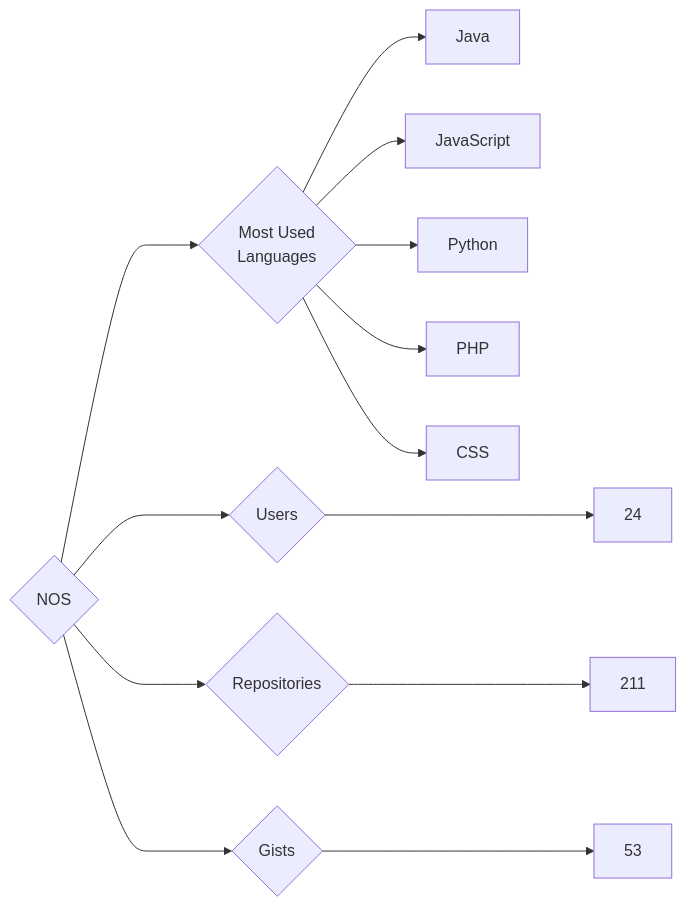
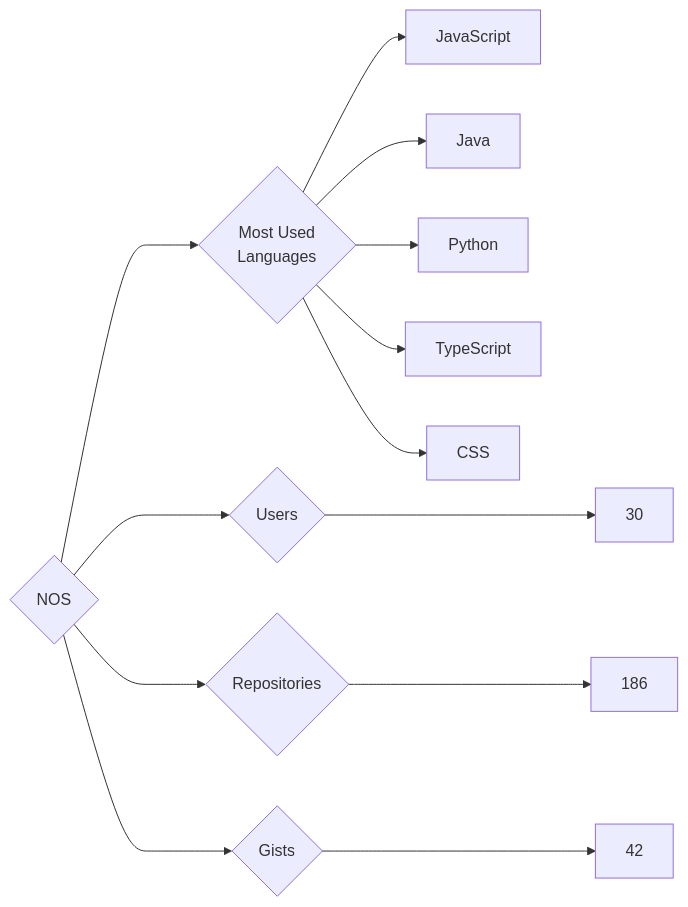
The diagram in targets/NOS/README.md (trickest/insiders), drawn with Mermaid before and after one commit. The commit also changed 970 other files, not shown here.

````diff
--- a/targets/NOS/README.md
+++ b/targets/NOS/README.md
@@ -3,13 +3,13 @@
 ```mermaid
 graph LR
 COMPANY_NAME{NOS}
-COMPANY_NAME ---> U{Users} ---> UN[24]
-COMPANY_NAME ---> R{Repositories} ---> RN[211]
-COMPANY_NAME ---> G{Gists} ---> GN[53]
+COMPANY_NAME ---> U{Users} ---> UN[30]
+COMPANY_NAME ---> R{Repositories} ---> RN[186]
+COMPANY_NAME ---> G{Gists} ---> GN[42]
 COMPANY_NAME ---> ML{Most Used<br>Languages}
+ML --> JavaScript[JavaScript]
 ML --> Java[Java]
-ML --> JavaScript[JavaScript]
 ML --> Python[Python]
-ML --> PHP[PHP]
+ML --> TypeScript[TypeScript]
 ML --> CSS[CSS]
 ```
````
